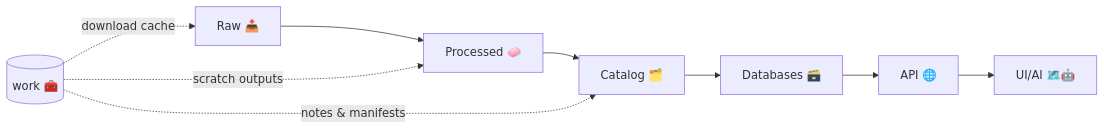
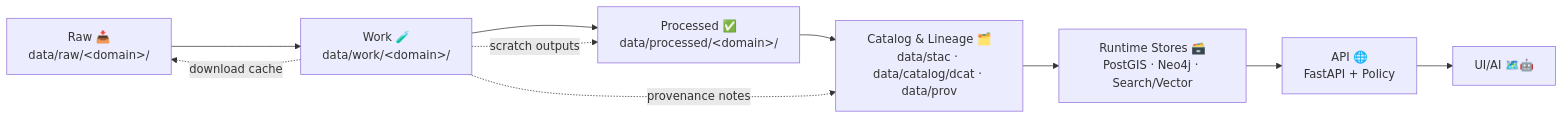
Before and after one commit to bartytime4life/Kansas-Frontier-Matrix: the diagram in data/work/README.md, drawn with Mermaid. The commit also changed other lines of this file, not shown here.

First line of the commit message:
Revise README.md for data/work directory clarity

````diff
--- a/data/work/README.md
+++ b/data/work/README.md
@@ -29,8 +36,13 @@
 ```mermaid
 flowchart LR
-  A[Raw 📥] --> B[Processed 🧼] --> C[Catalog 🗂️] --> D[Databases 🗃️] --> E[API 🌐] --> F[UI/AI 🗺️🤖]
-  W[(work 🧰)]
-  W -. scratch outputs .-> B
+  A[Raw 📥<br/>data/raw/&lt;domain&gt;/] --> W[Work 🧪<br/>data/work/&lt;domain&gt;/]
+  W --> P[Processed ✅<br/>data/processed/&lt;domain&gt;/]
+  P --> C[Catalog & Lineage 🗂️<br/>data/stac · data/catalog/dcat · data/prov]
+  C --> D[Runtime Stores 🗃️<br/>PostGIS · Neo4j · Search/Vector]
+  D --> E[API 🌐<br/>FastAPI + Policy]
+  E --> F[UI/AI 🗺️🤖]
+
+  W -. scratch outputs .-> P
   W -. download cache .-> A
-  W -. notes & manifests .-> C
+  W -. provenance notes .-> C
 ```
````
